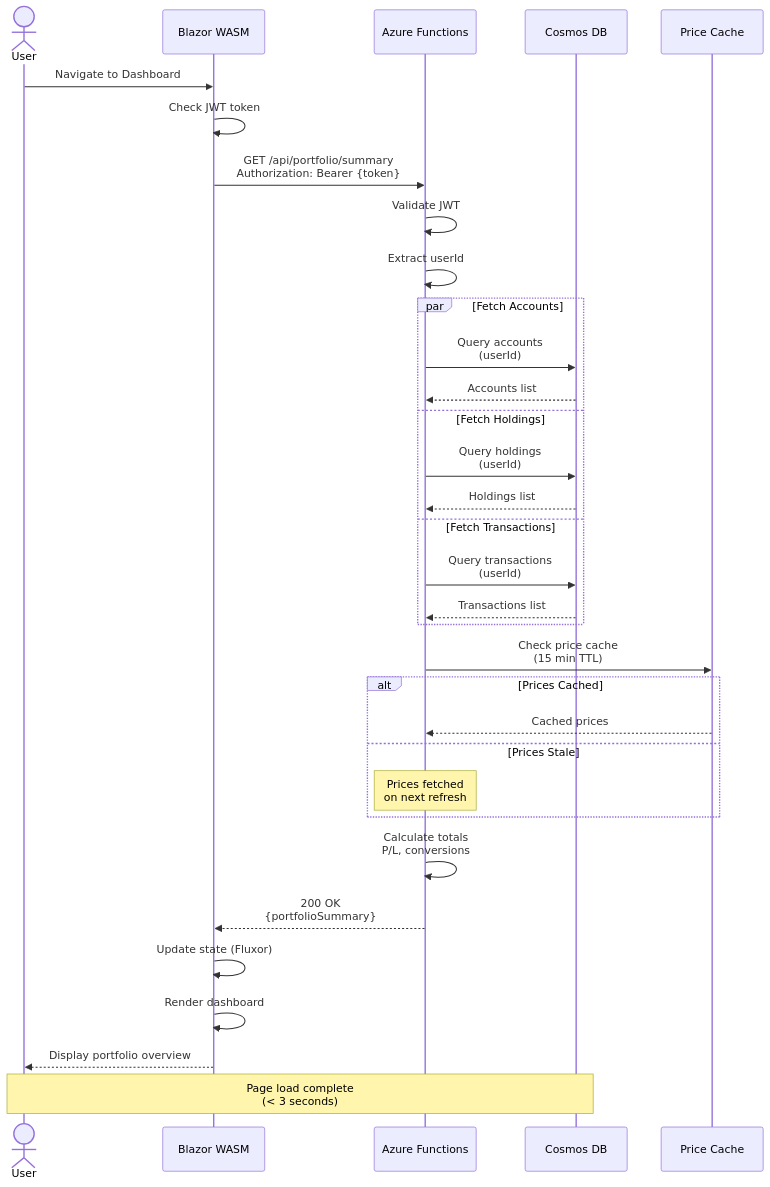
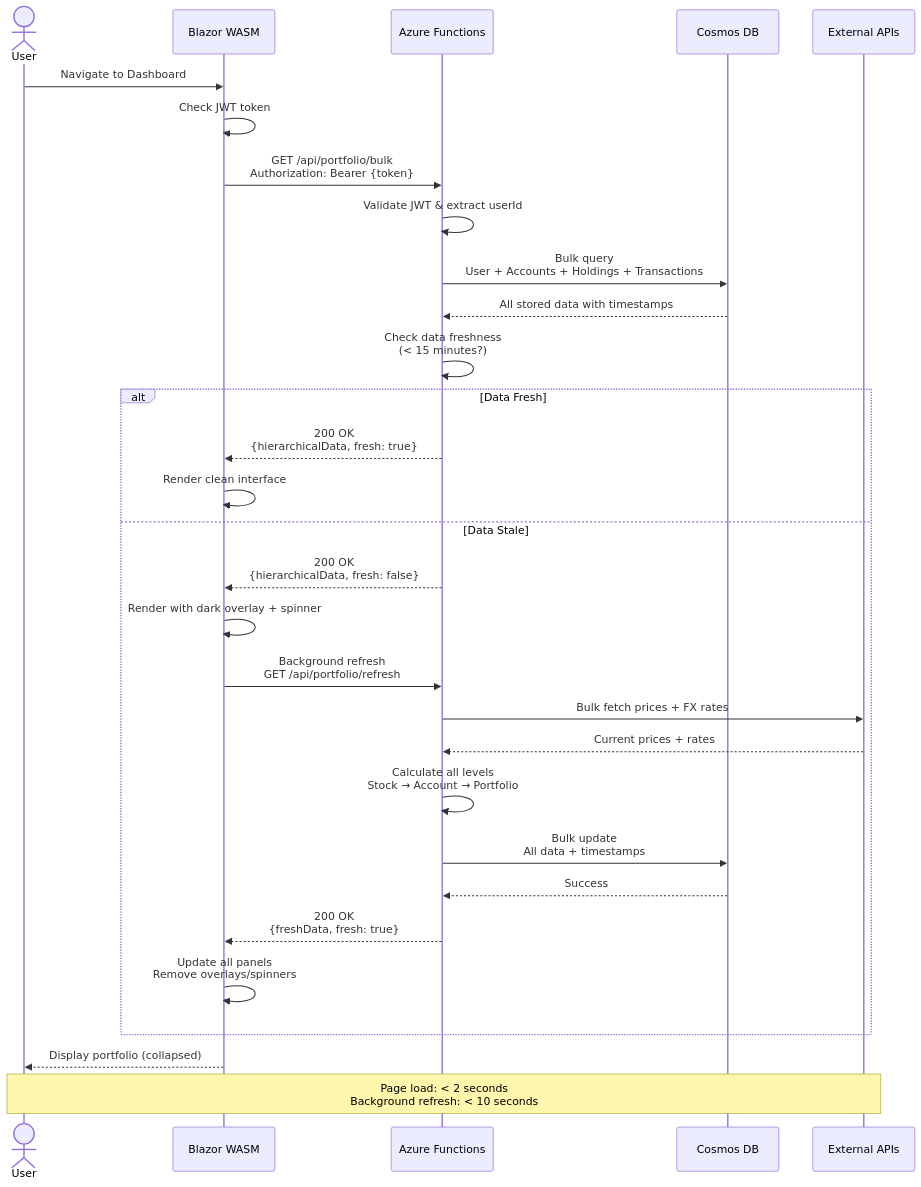
One commit to marcelrienks/Prosperity changed the second of 10 diagrams in docs/diagrams/use-case-flows.md. Above: the diagram before and after it, drawn with Mermaid. The commit also changed other lines of this file and 7 other files, not shown here.

````diff
--- a/docs/diagrams/use-case-flows.md
+++ b/docs/diagrams/use-case-flows.md
@@ -53,44 +53,45 @@
 ```mermaid
 sequenceDiagram
     actor User
     participant Browser as Blazor WASM
     participant API as Azure Functions
     participant DB as Cosmos DB
-    participant Cache as Price Cache
+    participant ExtAPI as External APIs
 
     User->>Browser: Navigate to Dashboard
     Browser->>Browser: Check JWT token
     
-    Browser->>API: GET /api/portfolio/summary<br/>Authorization: Bearer {token}
+    Browser->>API: GET /api/portfolio/bulk<br/>Authorization: Bearer {token}
     
-    API->>API: Validate JWT
-    API->>API: Extract userId
+    API->>API: Validate JWT & extract userId
     
-    par Fetch Accounts
-        API->>DB: Query accounts<br/>(userId)
-        DB-->>API: Accounts list
-    and Fetch Holdings
-        API->>DB: Query holdings<br/>(userId)
-        DB-->>API: Holdings list
-    and Fetch Transactions
-        API->>DB: Query transactions<br/>(userId)
-        DB-->>API: Transactions list
+    API->>DB: Bulk query<br/>User + Accounts + Holdings + Transactions
+    DB-->>API: All stored data with timestamps
+    
+    API->>API: Check data freshness<br/>(< 15 minutes?)
+    
+    alt Data Fresh
+        API-->>Browser: 200 OK<br/>{hierarchicalData, fresh: true}
+        Browser->>Browser: Render clean interface
+    else Data Stale
+        API-->>Browser: 200 OK<br/>{hierarchicalData, fresh: false}
+        Browser->>Browser: Render with dark overlay + spinner
+        
+        Browser->>API: Background refresh<br/>GET /api/portfolio/refresh
+        
+        API->>ExtAPI: Bulk fetch prices + FX rates
+        ExtAPI-->>API: Current prices + rates
+        
+        API->>API: Calculate all levels<br/>Stock → Account → Portfolio
+        
+        API->>DB: Bulk update<br/>All data + timestamps
+        DB-->>API: Success
+        
+        API-->>Browser: 200 OK<br/>{freshData, fresh: true}
+        Browser->>Browser: Update all panels<br/>Remove overlays/spinners
     end
     
-    API->>Cache: Check price cache<br/>(15 min TTL)
-    
-    alt Prices Cached
-        Cache-->>API: Cached prices
-    else Prices Stale
-        Note over API: Prices fetched<br/>on next refresh
-    end
-    
-    API->>API: Calculate totals<br/>P/L, conversions
-    API-->>Browser: 200 OK<br/>{portfolioSummary}
-    
-    Browser->>Browser: Update state (Fluxor)
-    Browser->>Browser: Render dashboard
-    Browser-->>User: Display portfolio overview
+    Browser-->>User: Display portfolio (collapsed)
 
-    Note over User,DB: Page load complete<br/>(< 3 seconds)
+    Note over User,ExtAPI: Page load: < 2 seconds<br/>Background refresh: < 10 seconds
 ```
````
